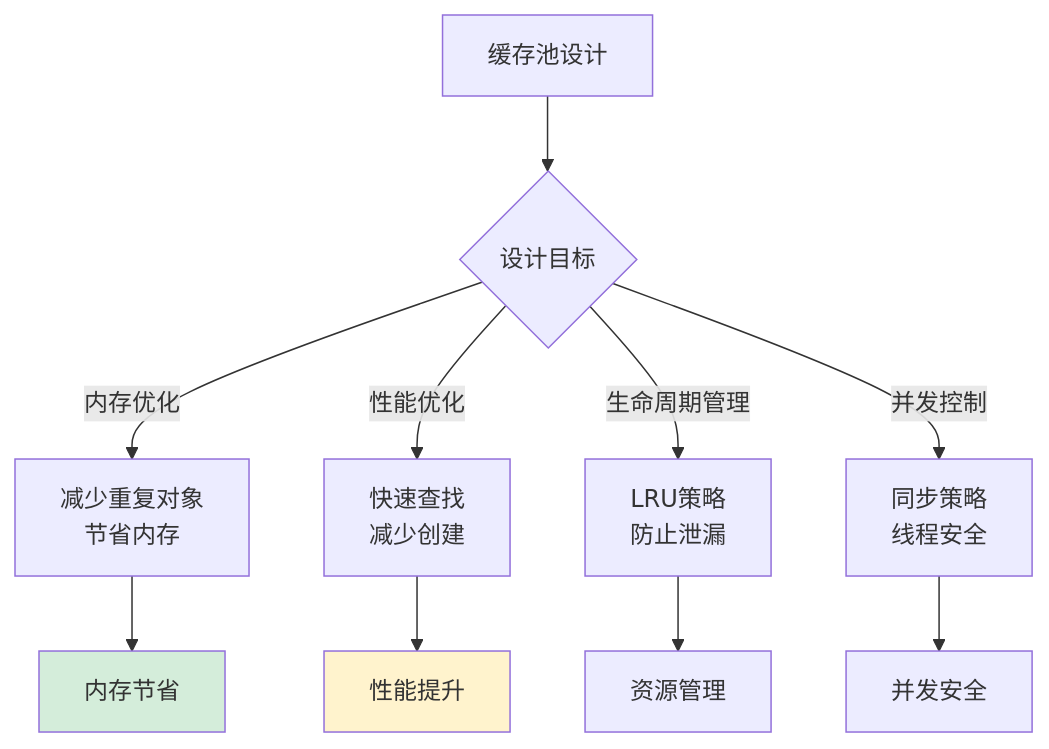
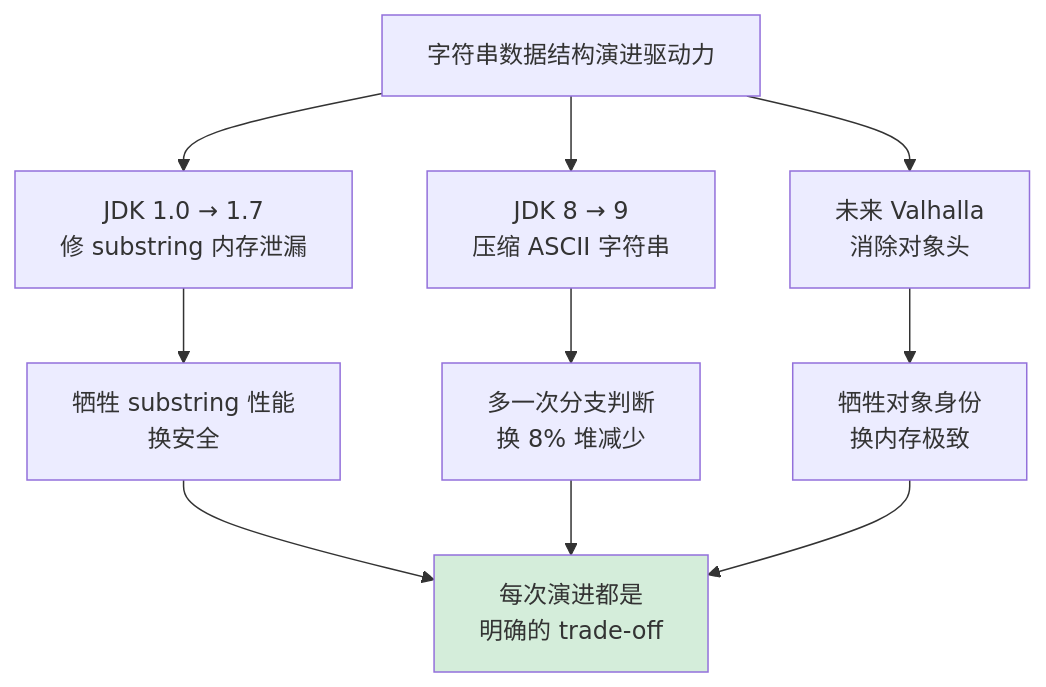
One commit to chongyang211/YCBookBlog changed diagram 21 of 32 in 00.通用技术的提升/02.程序编程原理/01.字符串设计的灵魂.md. Above: the diagram before and after it, drawn with Mermaid. The commit also changed other lines of this file and 6 other files, not shown here.

````diff
--- a/00.通用技术的提升/02.程序编程原理/01.字符串设计的灵魂.md
+++ b/00.通用技术的提升/02.程序编程原理/01.字符串设计的灵魂.md
@@ -945,16 +1421,14 @@
 ```mermaid
 graph TB
-    A[缓存池设计] --> B{设计目标}
-    B -->|内存优化| C[减少重复对象<br/>节省内存]
-    B -->|性能优化| D[快速查找<br/>减少创建]
-    B -->|生命周期管理| E[LRU策略<br/>防止泄漏]
-    B -->|并发控制| F[同步策略<br/>线程安全]
-    
-    C --> G[内存节省]
-    D --> H[性能提升]
-    E --> I[资源管理]
-    F --> J[并发安全]
-    
-    style G fill:#d4edda
-    style H fill:#fff3cd
+    A[字符串数据结构演进驱动力] --> B[JDK 1.0 → 1.7<br/>修 substring 内存泄漏]
+    A --> C[JDK 8 → 9<br/>压缩 ASCII 字符串]
+    A --> D[未来 Valhalla<br/>消除对象头]
+
+    B --> B1[牺牲 substring 性能<br/>换安全]
+    C --> C1[多一次分支判断<br/>换 8% 堆减少]
+    D --> D1[牺牲对象身份<br/>换内存极致]
+
+    B1 & C1 & D1 --> E[每次演进都是<br/>明确的 trade-off]
+
+    style E fill:#d4edda
 ```
````
